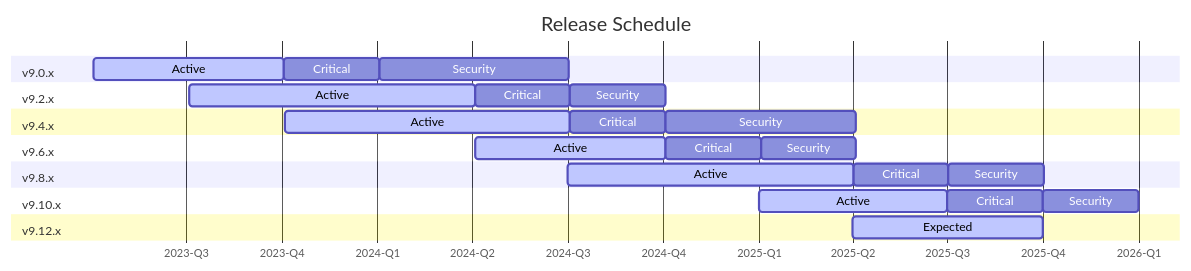
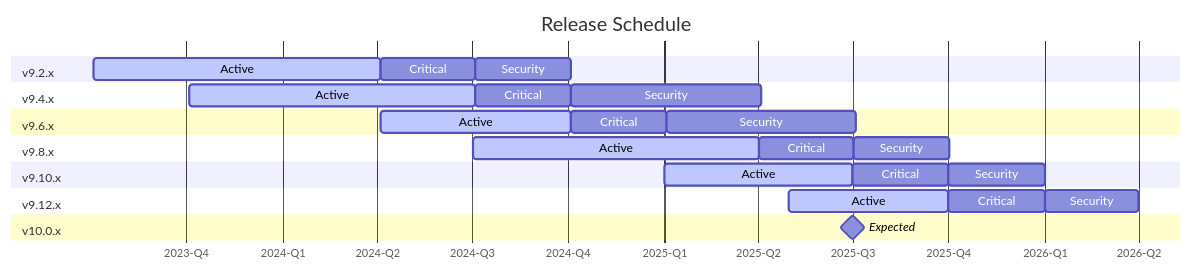
One commit to hpcc-systems/HPCC-Platform changed the diagram in README.md. Above: the diagram before and after it, drawn with Mermaid. The commit also changed 1 other file, not shown here.

Commit message:
Update latest supported versions

````diff
--- a/README.md
+++ b/README.md
@@ -18,36 +18,36 @@
 ```mermaid
 ---
 displayMode: compact
 ---
 gantt
     title Release Schedule
     axisFormat %Y-Q%q
     tickInterval 3month
     dateFormat YYYY-MM-DD
-    section v9.0.x
-        Active:          active, 2023-04-03, 6M
-        Critical:        3M
-        Security:        6M
     section v9.2.x
         Active:          active, 2023-07-04, 9M
         Critical:        3M
         Security:        3M
     section v9.4.x
         Active:          active, 2023-10-04, 9M
         Critical:        3M
         Security:        6M
     section v9.6.x
         Active:          active, 2024-04-04, 6M
         Critical:        3M
-        Security:        3M
+        Security:        6M
     section v9.8.x
         Active:          active, 2024-07-02, 9M
         Critical:        3M
         Security:        3M
     section v9.10.x
         Active:          active, 2025-01-01, 6M
         Critical:        3M
         Security:        3M
     section v9.12.x
-        Expected:        active, 2025-04-01, 6M
+        Active:          active, 2025-05-01, 5M
+        Critical:        3M
+        Security:        3M
+    section v10.0.x
+        Expected:        milestone, 2025-07-01, 0M
 ```
````
